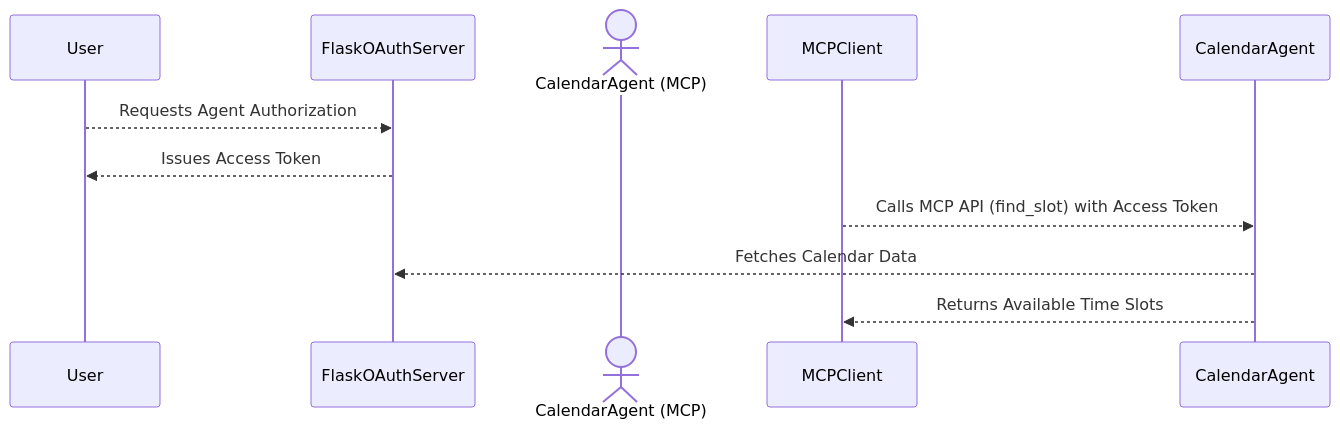
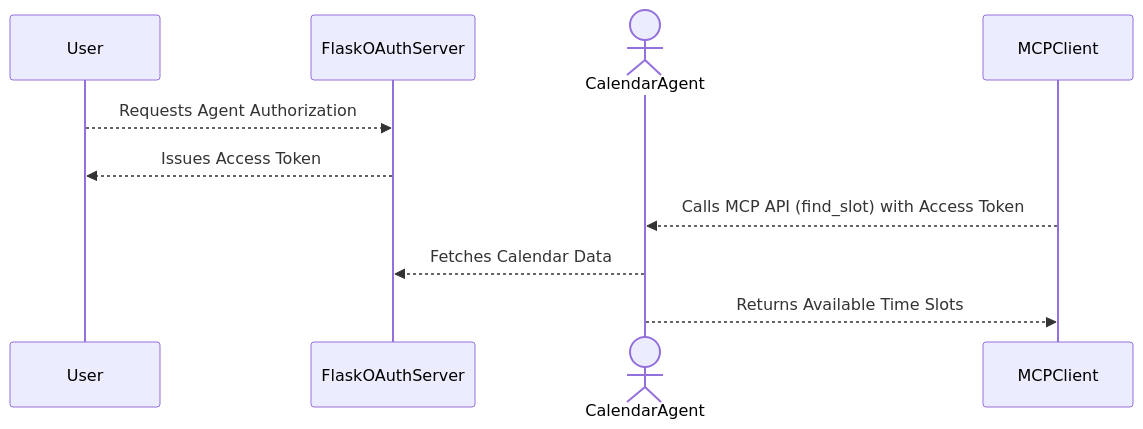
Before and after one commit to madesm/arXiv-2501.09674v1-agentic-delegation-demo: the diagram in README.md, drawn with Mermaid. The commit also changed 1 other file, not shown here.

Commit message:
tweaks to readme

````diff
--- a/README.md
+++ b/README.md
@@ -45,13 +45,13 @@
 ```mermaid
 sequenceDiagram
   participant User
   participant FlaskOAuthServer
-  actor CalendarAgent (MCP)
+  actor CalendarAgent
   participant MCPClient
 
   User -->> FlaskOAuthServer : Requests Agent Authorization
   FlaskOAuthServer -->> User : Issues Access Token
   MCPClient -->> CalendarAgent : Calls MCP API (find_slot) with Access Token
   CalendarAgent -->> FlaskOAuthServer : Fetches Calendar Data
   CalendarAgent -->> MCPClient : Returns Available Time Slots
 ```
````
